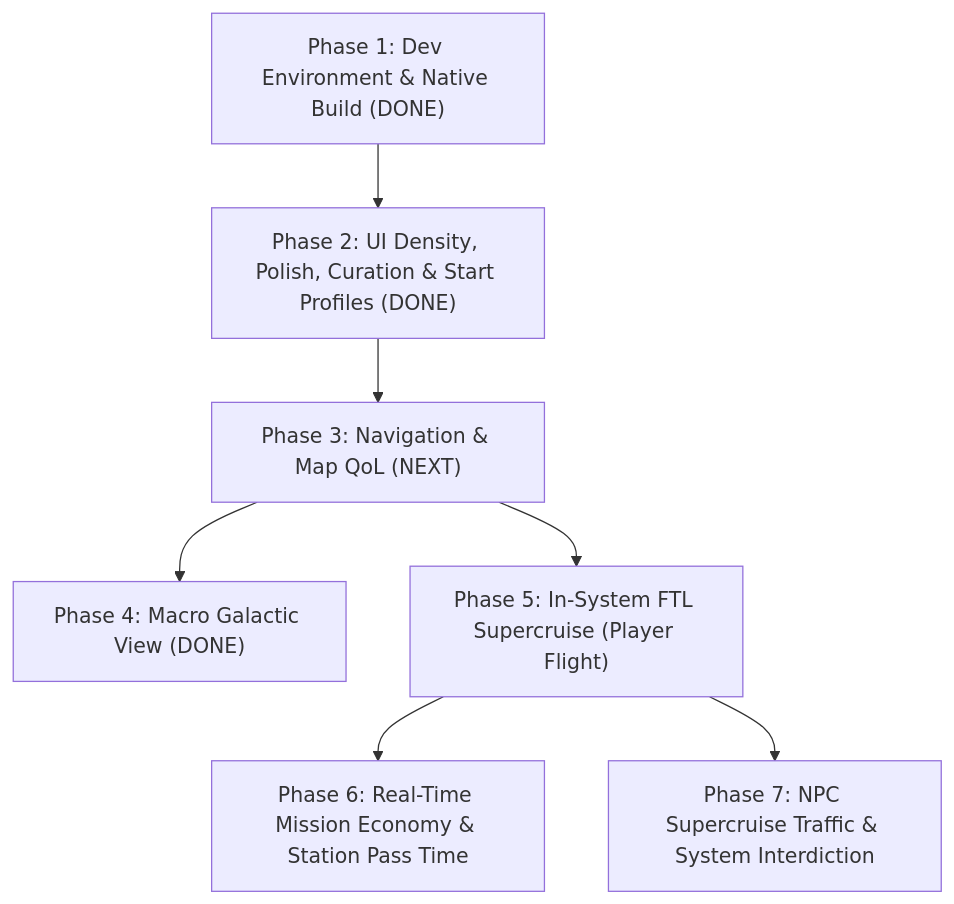
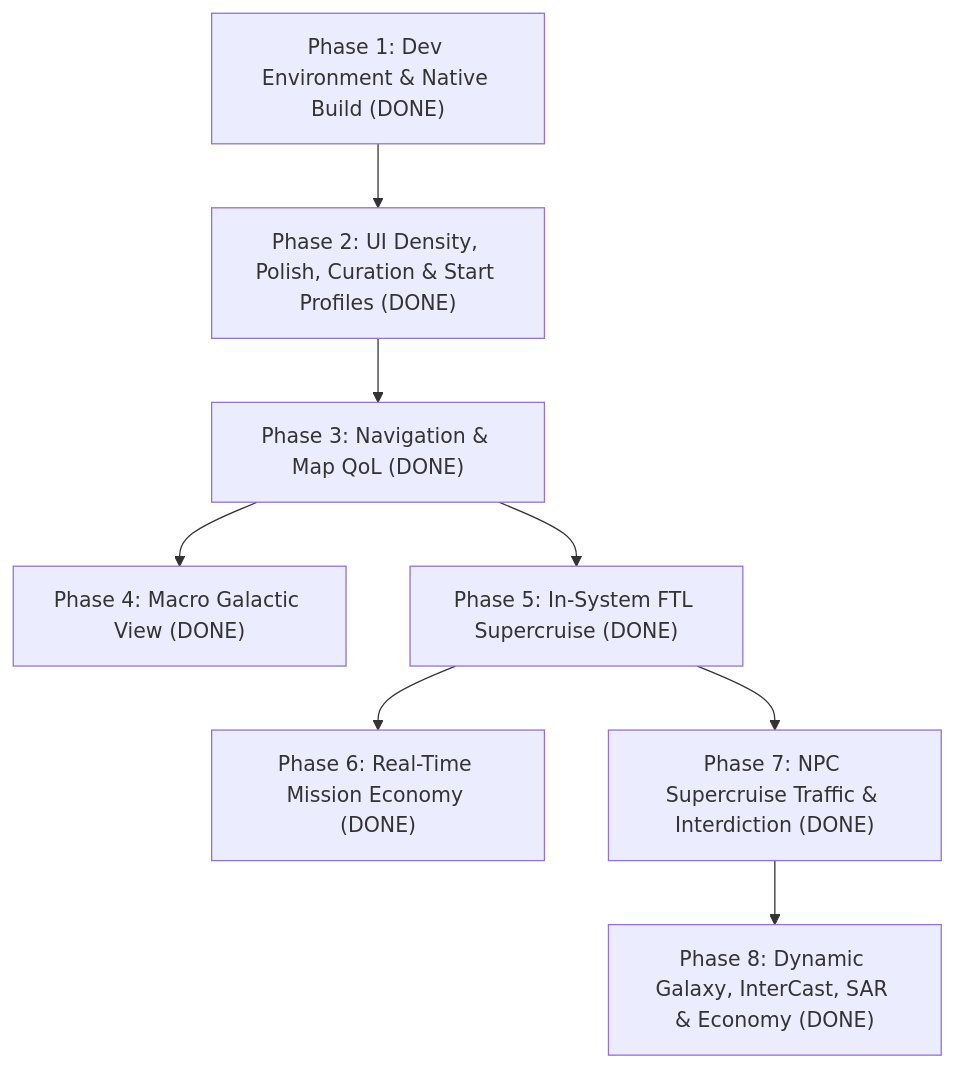
Before and after one commit to austeregrim/pioneer-expanse: the diagram in plans/02_PIONEER_EXPANSE_FOUNDATION_PLAN.md, drawn with Mermaid. The commit also changed other lines of this file and 18 other files, not shown here.

Commit message:
feat(nav,storage,fleet,docs): add cross-system target memory, resident station storage, docked module transfer, and sync roadmap plans

````diff
--- a/plans/02_PIONEER_EXPANSE_FOUNDATION_PLAN.md
+++ b/plans/02_PIONEER_EXPANSE_FOUNDATION_PLAN.md
@@ -29,9 +29,10 @@
 ```mermaid
 graph TD
     P1["Phase 1: Dev Environment & Native Build (DONE)"] --> P2["Phase 2: UI Density, Polish, Curation & Start Profiles (DONE)"]
-    P2 --> P3["Phase 3: Navigation & Map QoL (NEXT)"]
+    P2 --> P3["Phase 3: Navigation & Map QoL (DONE)"]
     P3 --> P4["Phase 4: Macro Galactic View (DONE)"]
-    P3 --> P5["Phase 5: In-System FTL Supercruise (Player Flight)"]
-    P5 --> P6["Phase 6: Real-Time Mission Economy & Station Pass Time"]
-    P5 --> P7["Phase 7: NPC Supercruise Traffic & System Interdiction"]
+    P3 --> P5["Phase 5: In-System FTL Supercruise (DONE)"]
+    P5 --> P6["Phase 6: Real-Time Mission Economy (DONE)"]
+    P5 --> P7["Phase 7: NPC Supercruise Traffic & Interdiction (DONE)"]
+    P7 --> P8["Phase 8: Dynamic Galaxy, InterCast, SAR & Economy (DONE)"]
 ```
````
